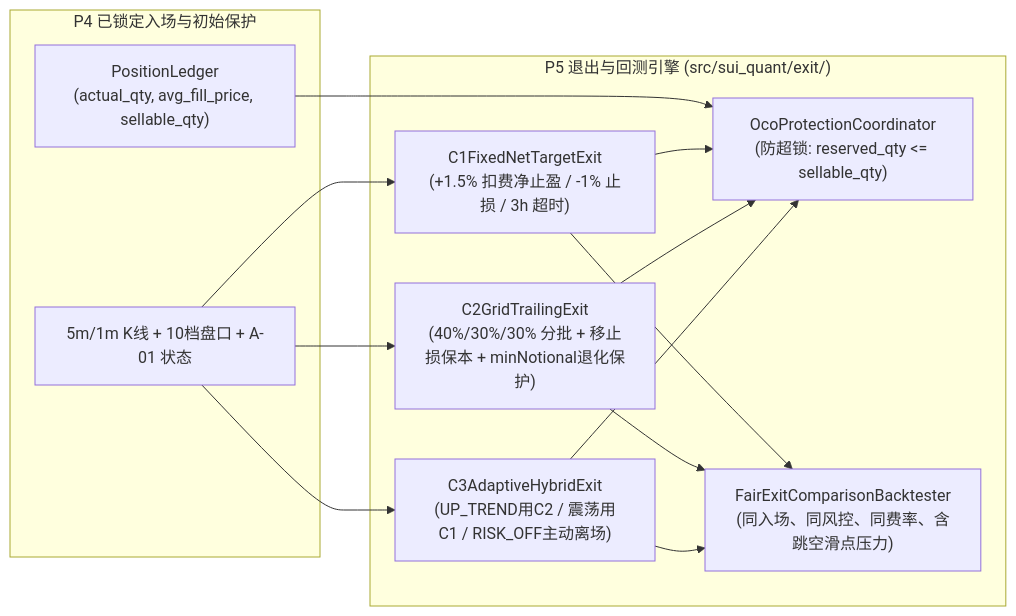
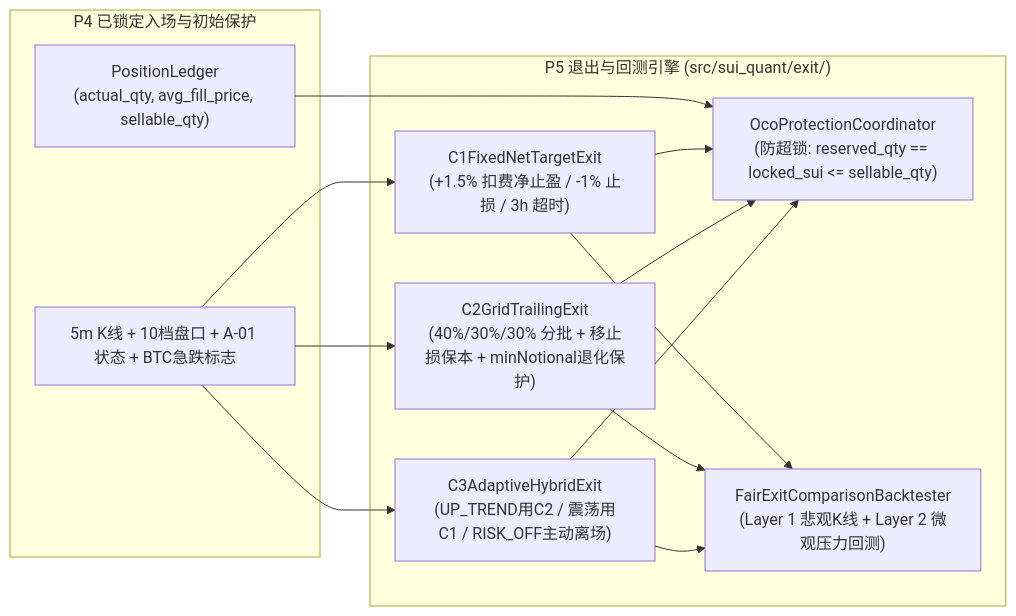
The diagram in docs/P5_PLAN.md (xl246122-sys/OBR-SUI), drawn with Mermaid before and after one commit. The commit also changed other lines of this file and 9 other files, not shown here.

Commit message:
feat(p5): implement C-01 exit strategies (C1/C2/C3), OcoProtectionCoordinator, two-layer FairExitComparisonBacktester, and P6_PLAN

````diff
--- a/docs/P5_PLAN.md
+++ b/docs/P5_PLAN.md
@@ -55,20 +56,20 @@
 ```mermaid
 flowchart LR
   subgraph ENTRY_P4["P4 已锁定入场与初始保护"]
     POS["PositionLedger\n(actual_qty, avg_fill_price, sellable_qty)"]
-    MKT["5m/1m K线 + 10档盘口 + A-01 状态"]
+    MKT["5m K线 + 10档盘口 + A-01 状态 + BTC急跌标志"]
   end
 
   subgraph C01_EXIT["P5 退出与回测引擎 (src/sui_quant/exit/)"]
-    LOCK["OcoProtectionCoordinator\n(防超锁: reserved_qty <= sellable_qty)"]
+    LOCK["OcoProtectionCoordinator\n(防超锁: reserved_qty == locked_sui <= sellable_qty)"]
     C1["C1FixedNetTargetExit\n(+1.5% 扣费净止盈 / -1% 止损 / 3h 超时)"]
     C2["C2GridTrailingExit\n(40%/30%/30% 分批 + 移止损保本 + minNotional退化保护)"]
     C3["C3AdaptiveHybridExit\n(UP_TREND用C2 / 震荡用C1 / RISK_OFF主动离场)"]
-    BT["FairExitComparisonBacktester\n(同入场、同风控、同费率、含跳空滑点压力)"]
+    BT["FairExitComparisonBacktester\n(Layer 1 悲观K线 + Layer 2 微观压力回测)"]
   end
 
   POS --> LOCK
   MKT --> C1 & C2 & C3
   C1 & C2 & C3 --> LOCK
   C1 & C2 & C3 --> BT
 ```
````
